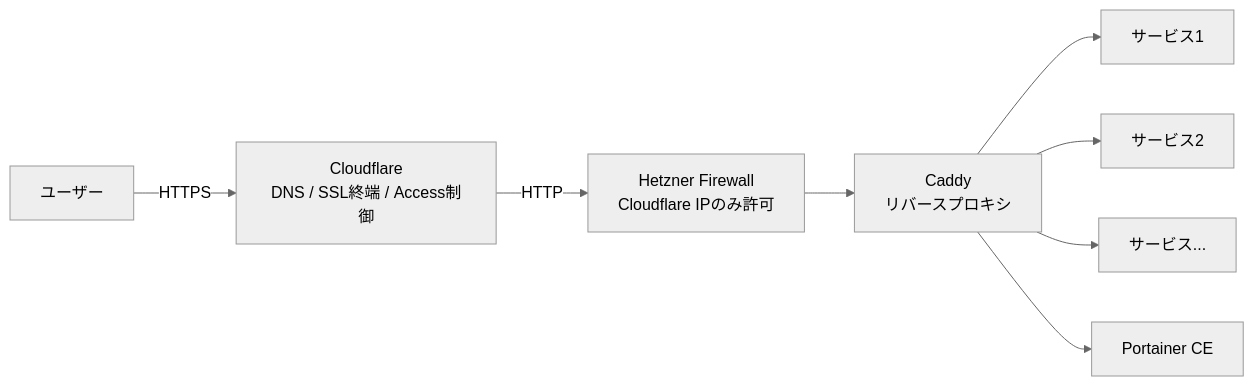
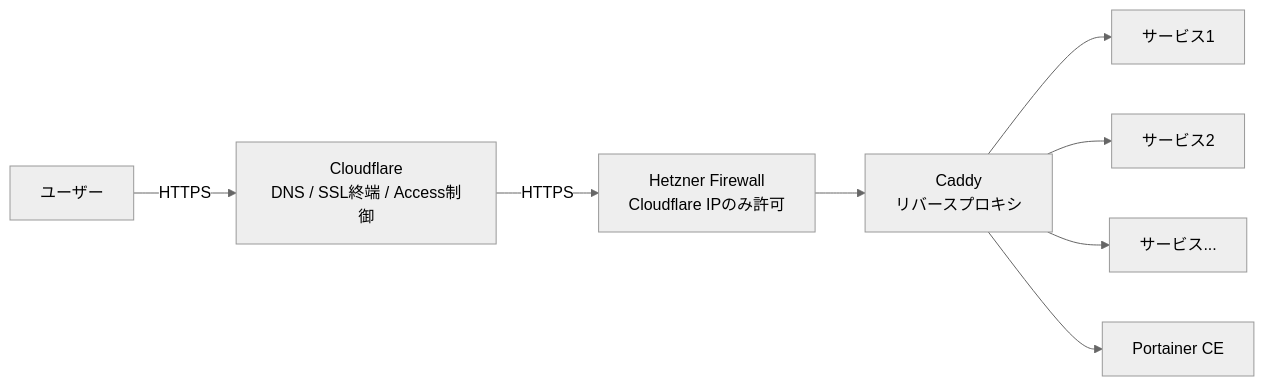
The second of 3 diagrams in articles/hetzner-multicloud.md (takish/zenn-content), drawn with Mermaid (neutral theme) before and after one commit. The commit also changed other lines of this file, not shown here.

````diff
--- a/articles/hetzner-multicloud.md
+++ b/articles/hetzner-multicloud.md
@@ -91,10 +91,10 @@
 ```mermaid
 graph LR
     User[ユーザー] -->|HTTPS| CF[Cloudflare<br/>DNS / SSL終端 / Access制御]
-    CF -->|HTTP| FW[Hetzner Firewall<br/>Cloudflare IPのみ許可]
+    CF -->|HTTPS| FW[Hetzner Firewall<br/>Cloudflare IPのみ許可]
     FW --> Caddy[Caddy<br/>リバースプロキシ]
     Caddy --> S1[サービス1]
     Caddy --> S2[サービス2]
     Caddy --> S3[サービス...]
     Caddy --> PT[Portainer CE]
 ```
````
